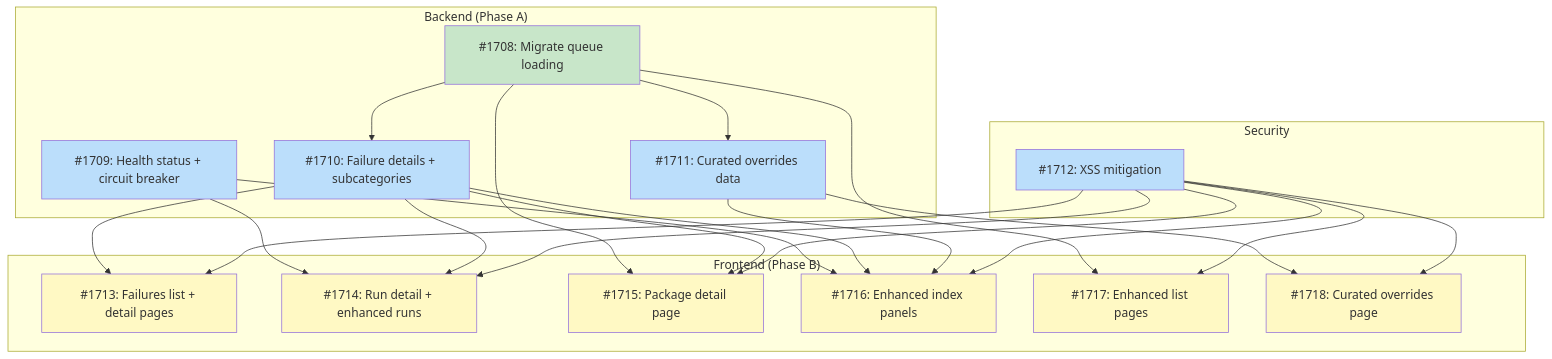
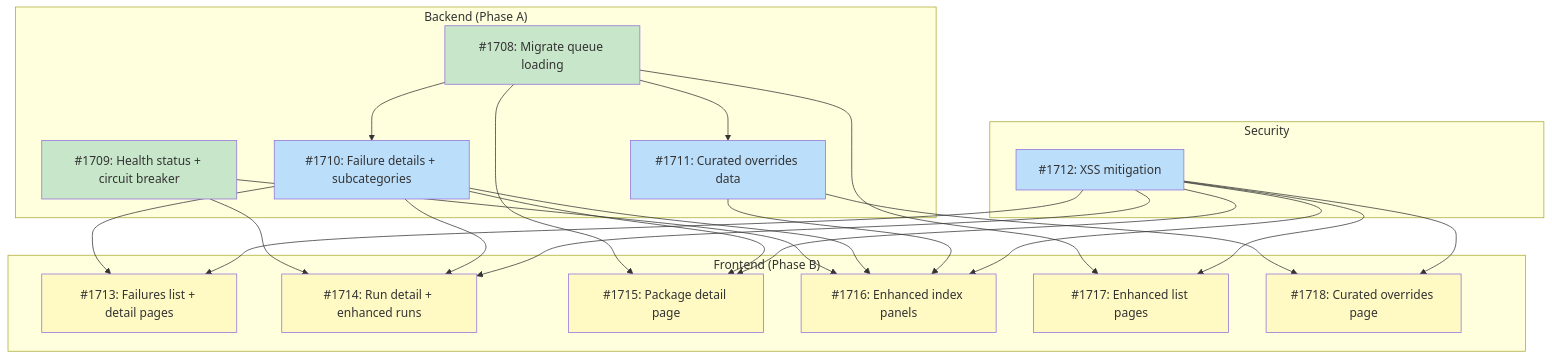
One commit to tsukumogami/tsuku changed the first of 3 diagrams in docs/designs/DESIGN-dashboard-observability.md. Above: the diagram before and after it, drawn with Mermaid. The commit also changed other lines of this file, not shown here.

Commit message:
docs(design): mark #1709 complete in dashboard observability design

````diff
--- a/docs/designs/DESIGN-dashboard-observability.md
+++ b/docs/designs/DESIGN-dashboard-observability.md
@@ -67,51 +67,51 @@
 ```mermaid
 graph TD
     subgraph Backend["Backend (Phase A)"]
         I1708["#1708: Migrate queue loading"]
         I1709["#1709: Health status + circuit breaker"]
         I1710["#1710: Failure details + subcategories"]
         I1711["#1711: Curated overrides data"]
     end
 
     subgraph Security["Security"]
         I1712["#1712: XSS mitigation"]
     end
 
     subgraph Frontend["Frontend (Phase B)"]
         I1713["#1713: Failures list + detail pages"]
         I1714["#1714: Run detail + enhanced runs"]
         I1715["#1715: Package detail page"]
         I1716["#1716: Enhanced index panels"]
         I1717["#1717: Enhanced list pages"]
         I1718["#1718: Curated overrides page"]
     end
 
     I1708 --> I1710
     I1708 --> I1711
     I1708 --> I1715
     I1708 --> I1717
     I1710 --> I1713
     I1712 --> I1713
     I1709 --> I1714
     I1710 --> I1714
     I1712 --> I1714
     I1710 --> I1715
     I1712 --> I1715
     I1709 --> I1716
     I1710 --> I1716
     I1711 --> I1716
     I1712 --> I1716
     I1712 --> I1717
     I1711 --> I1718
     I1712 --> I1718
 
     classDef done fill:#c8e6c9
     classDef ready fill:#bbdefb
     classDef blocked fill:#fff9c4
     classDef needsDesign fill:#e1bee7
 
-    class I1708 done
-    class I1709,I1712 ready
+    class I1708,I1709 done
+    class I1712 ready
     class I1710,I1711 ready
     class I1713,I1714,I1715,I1716,I1717,I1718 blocked
 ```
````
